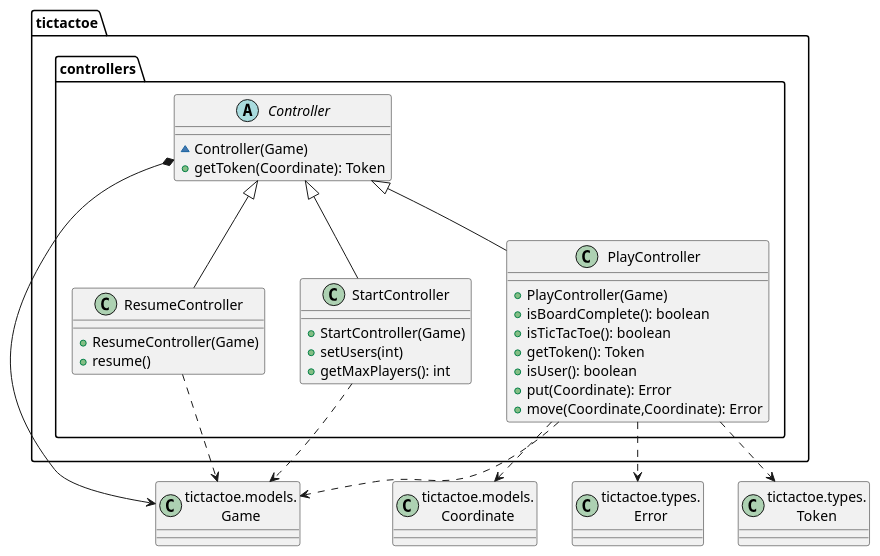
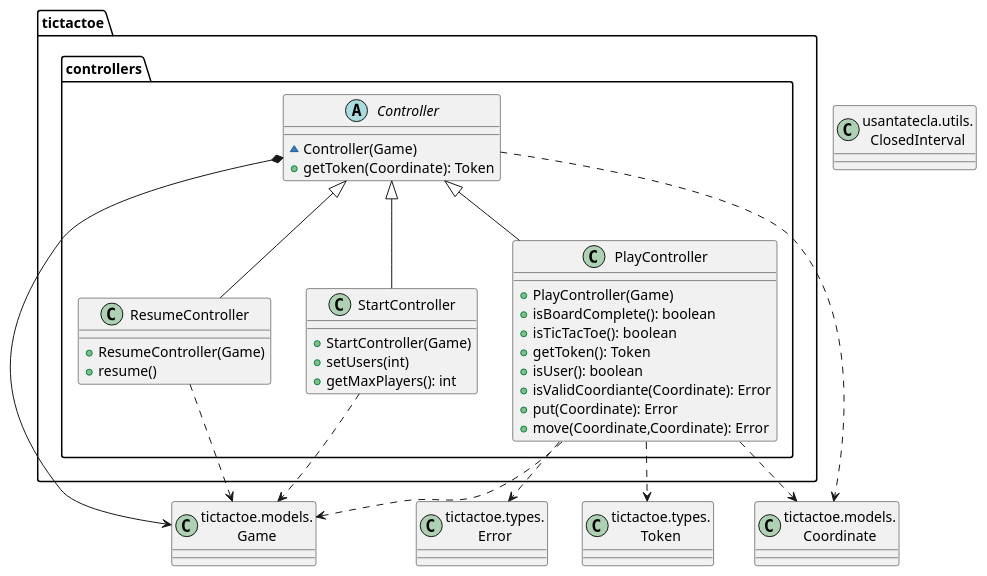
One commit to Jolucaa/USantaTecla-project-ticTacToe changed the seventh of 8 diagrams in modelViewPresenter/presentationModel/basic/docs/diagrams/src/paquetes.plantuml. Above: the diagram before and after it, drawn with PlantUML. The commit also changed other lines of this file and 16 other files, not shown here.

Commit message:
[mvp.pm.basic] Fixed diagrams and changed some small things in code (refactor)

```diff
--- a/modelViewPresenter/presentationModel/basic/docs/diagrams/src/paquetes.plantuml
+++ b/modelViewPresenter/presentationModel/basic/docs/diagrams/src/paquetes.plantuml
@@ -289,42 +325,45 @@
 @startuml paqueteTicTactoeControllers
-class Game as "tictactoe.models.\nGame" {}
-class Coordinate as "tictactoe.models.\nCoordinate" {}
-class Error as "tictactoe.types.\nError" {}
-class Token as "tictactoe.types.\nToken" {}
+class Game as "tictactoe.models.\nGame"
+class Coordinate as "tictactoe.models.\nCoordinate"
+class Error as "tictactoe.types.\nError"
+class Token as "tictactoe.types.\nToken"
+class ClosedInterval as "usantatecla.utils.\nClosedInterval"
 
 abstract class  tictactoe.controllers.Controller{
-~ Controller(Game)
-+ getToken(Coordinate): Token
+  ~ Controller(Game)
+  + getToken(Coordinate): Token
 }
 tictactoe.controllers.Controller *-down-> Game
+tictactoe.controllers.Controller .down.> Coordinate
 
 class  tictactoe.controllers.PlayController{
-+ PlayController(Game)
-+ isBoardComplete(): boolean
-+ isTicTacToe(): boolean
-+ getToken(): Token
-+ isUser(): boolean
-+ put(Coordinate): Error
-+ move(Coordinate,Coordinate): Error
+  + PlayController(Game)
+  + isBoardComplete(): boolean
+  + isTicTacToe(): boolean
+  + getToken(): Token
+  + isUser(): boolean
+  + isValidCoordiante(Coordinate): Error
+  + put(Coordinate): Error
+  + move(Coordinate,Coordinate): Error
 }
 tictactoe.controllers.Controller <|-down- tictactoe.controllers.PlayController
 tictactoe.controllers.PlayController .down.> Coordinate
 tictactoe.controllers.PlayController .down.> Error
 tictactoe.controllers.PlayController .down.> Game
 tictactoe.controllers.PlayController .down.> Token
 
 class  tictactoe.controllers.ResumeController{
-+ ResumeController(Game)
-+ resume()
+  + ResumeController(Game)
+  + resume()
 }
 tictactoe.controllers.Controller <|-down- tictactoe.controllers.ResumeController
 tictactoe.controllers.ResumeController .down.> Game
 
 class  tictactoe.controllers.StartController{
-+ StartController(Game)
-+ setUsers(int)
-+ getMaxPlayers(): int
+  + StartController(Game)
+  + setUsers(int)
+  + getMaxPlayers(): int
 }
 tictactoe.controllers.Controller <|-down- tictactoe.controllers.StartController
 tictactoe.controllers.StartController .down.> Game
 @enduml
```
